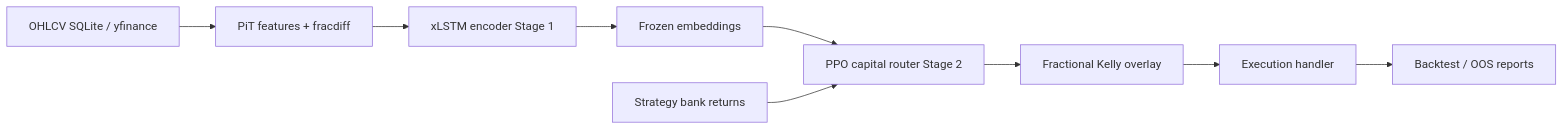
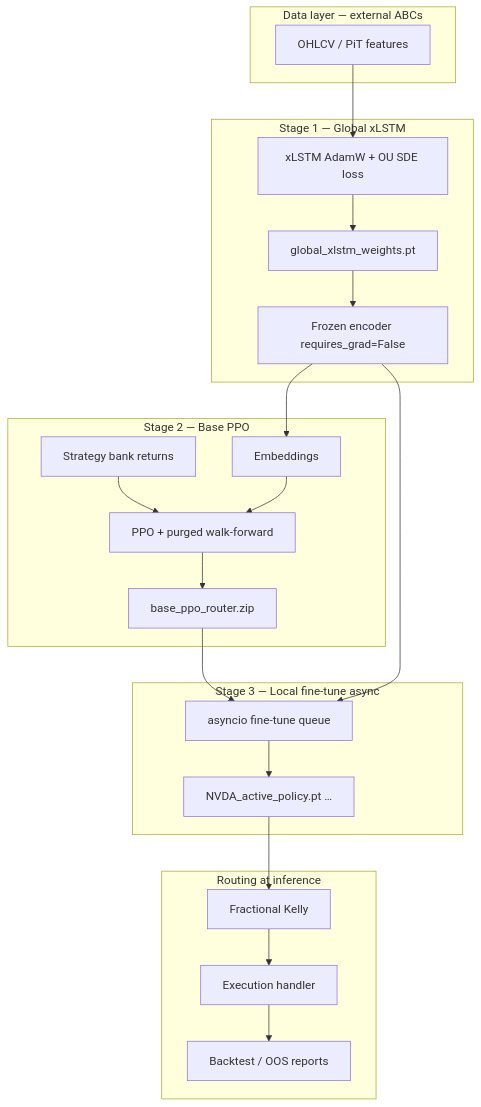
One commit to NaMEleSs0616/Multi-Strategy-ML-Based-Trading-Bot changed the diagram in README.md. Above: the diagram before and after it, drawn with Mermaid. The commit also changed other lines of this file and 8 other files, not shown here.

First line of the commit message:
Add Global-to-Local training orchestrator and stabilize xLSTM math.

````diff
--- a/README.md
+++ b/README.md
@@ -9,11 +9,31 @@
 ```mermaid
-flowchart LR
-  OHLCV[OHLCV SQLite / yfinance] --> PiT[PiT features + fracdiff]
-  PiT --> xLSTM[xLSTM encoder Stage 1]
-  xLSTM --> Emb[Frozen embeddings]
-  Emb --> PPO[PPO capital router Stage 2]
-  Bank[Strategy bank returns] --> PPO
-  PPO --> Kelly[Fractional Kelly overlay]
-  Kelly --> Exec[Execution handler]
-  Exec --> Reports[Backtest / OOS reports]
+flowchart TB
+  subgraph ingest [Data layer — external ABCs]
+    OHLCV[OHLCV / PiT features]
+  end
+
+  subgraph stage1 [Stage 1 — Global xLSTM]
+    OHLCV --> xLSTM[xLSTM AdamW + OU SDE loss]
+    xLSTM --> GlobalPT[global_xlstm_weights.pt]
+    GlobalPT --> Frozen[Frozen encoder requires_grad=False]
+  end
+
+  subgraph stage2 [Stage 2 — Base PPO]
+    Frozen --> Emb[Embeddings]
+    Bank[Strategy bank returns] --> PPO[PPO + purged walk-forward]
+    Emb --> PPO
+    PPO --> BaseZIP[base_ppo_router.zip]
+  end
+
+  subgraph stage3 [Stage 3 — Local fine-tune async]
+    BaseZIP --> FTQ[asyncio fine-tune queue]
+    Frozen --> FTQ
+    FTQ --> TickerPT["NVDA_active_policy.pt …"]
+  end
+
+  subgraph live [Routing at inference]
+    TickerPT --> Kelly[Fractional Kelly]
+    Kelly --> Exec[Execution handler]
+    Exec --> Reports[Backtest / OOS reports]
+  end
 ```
````
